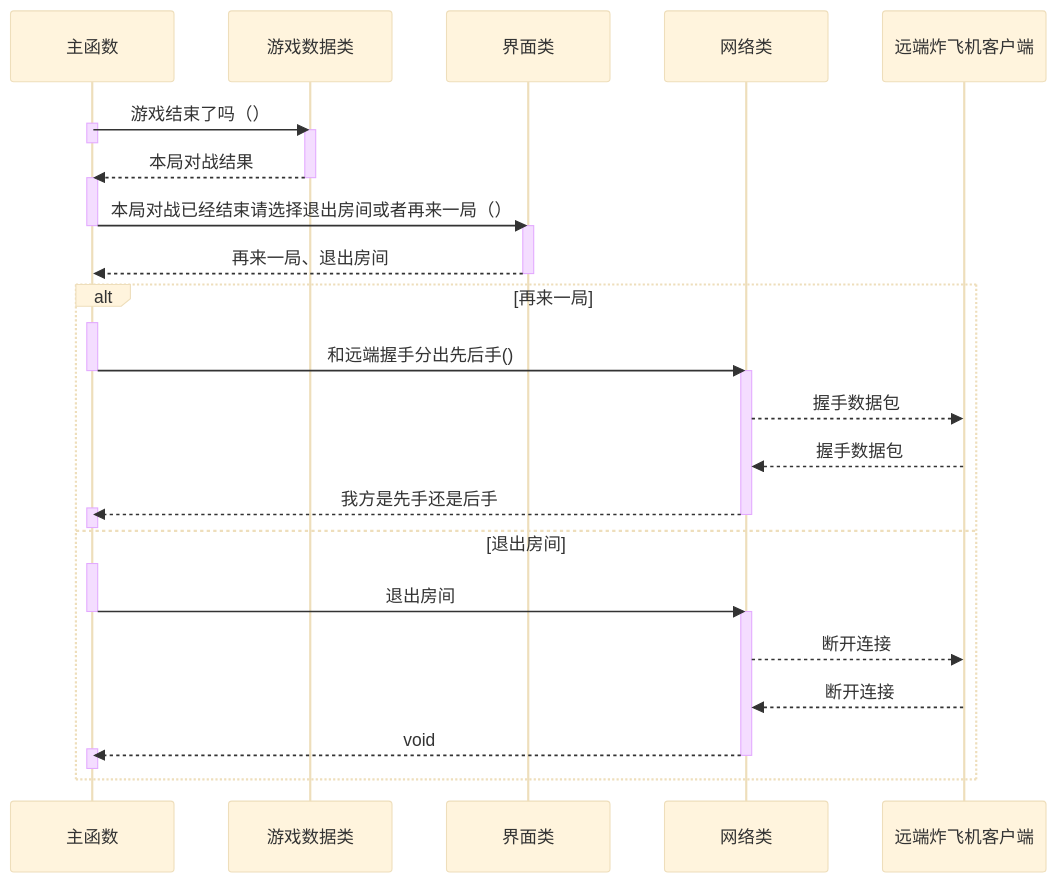
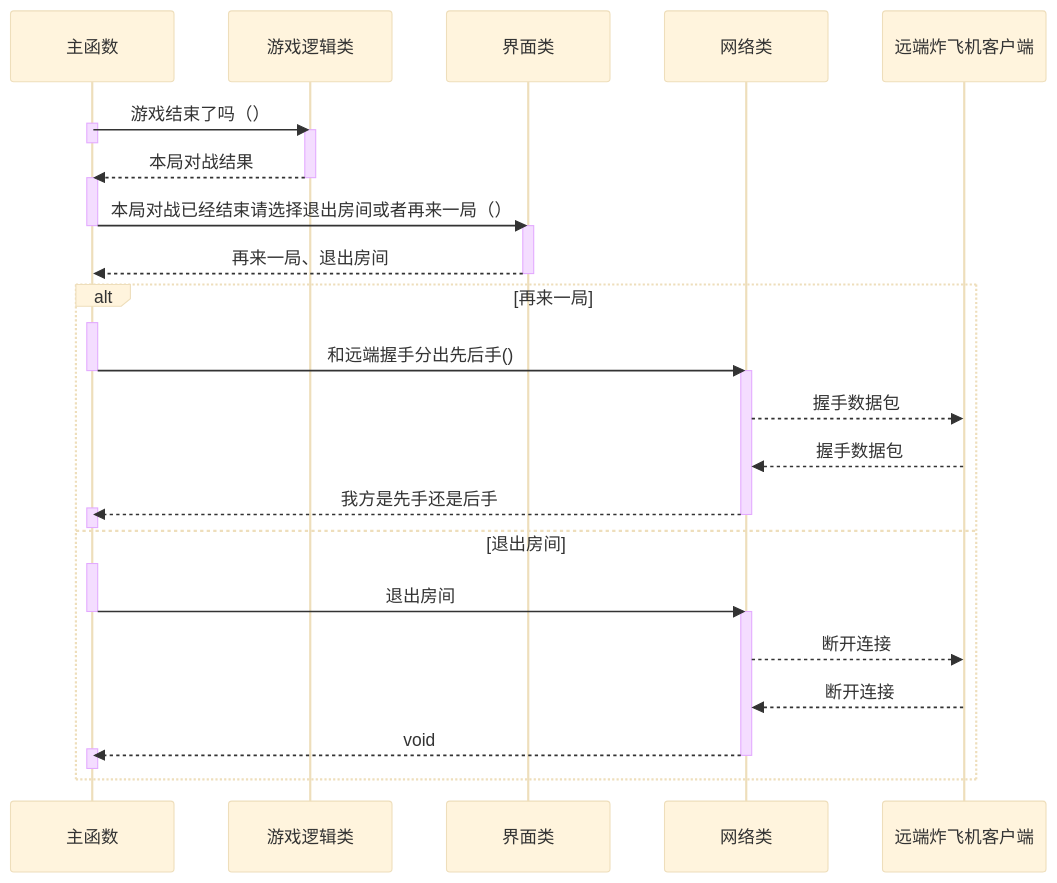
The sixth of 6 diagrams in README.md (li6in9muyou/bomb-airfield-game), drawn with Mermaid (base theme) before and after one commit. The commit also changed other lines of this file, not shown here.

````diff
--- a/README.md
+++ b/README.md
@@ -367,46 +371,46 @@
 ```mermaid
 sequenceDiagram
 
 participant main as 主函数
-participant game as 游戏数据类
+participant game as 游戏逻辑类
 participant ui as 界面类
 participant online as 网络类
 participant remote as 远端炸飞机客户端
 
 
 main ->> game: 游戏结束了吗（）
 activate main
 deactivate main
 activate game
 game -->> main: 本局对战结果
 deactivate game
 activate main
 main ->> ui: 本局对战已经结束请选择退出房间或者再来一局（）
 deactivate main
 activate ui
 ui -->> main: 再来一局、退出房间
 deactivate ui
 alt 再来一局
 activate main
 main ->> online: 和远端握手分出先后手()
 deactivate main
 activate online
 online -->> remote: 握手数据包
 remote -->> online: 握手数据包
 online -->> main: 我方是先手还是后手
 deactivate online
 activate main
 deactivate main
 else 退出房间
 activate main
 main ->> online: 退出房间
 deactivate main
 activate online
 online -->> remote: 断开连接
 remote -->> online: 断开连接
 online -->> main: void
 deactivate online
 activate main
 deactivate main
 end
 ```
````
